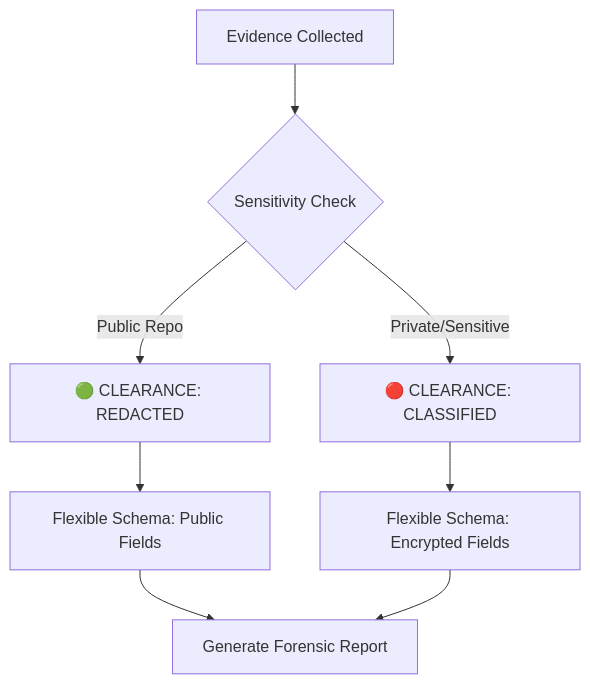
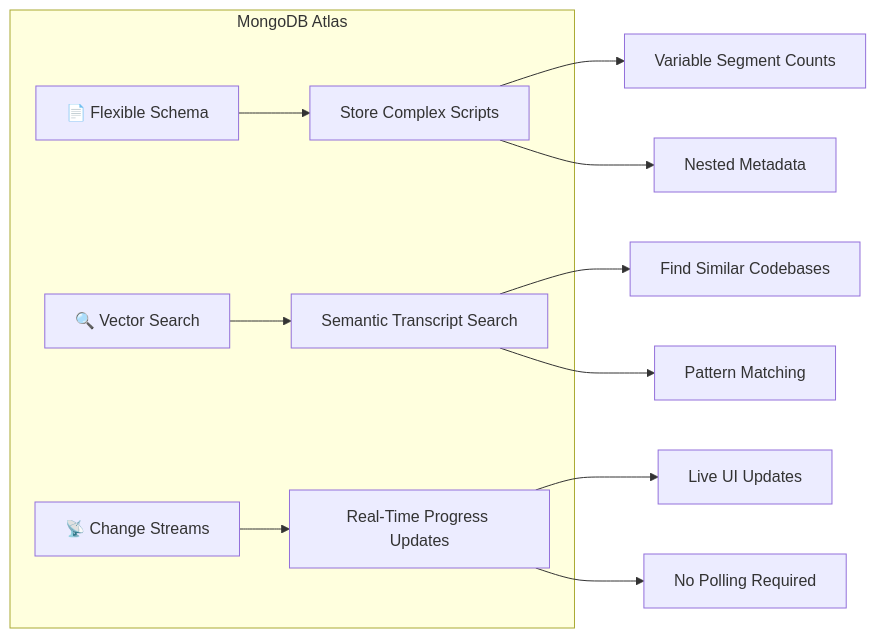
The fifth of 5 diagrams in README.md (SoumyaEXE/Atlas-Forensic-Vault), drawn with Mermaid before and after one commit. The commit also changed other lines of this file, not shown here.

Commit message:
Add comprehensive hackathon documentation with Mermaid diagrams

````diff
--- a/README.md
+++ b/README.md
@@ -49,10 +313,15 @@
 ```mermaid
-graph TD
-    A[Evidence Collected] --> B{Sensitivity Check}
-    B -->|Public Repo| C[🟢 CLEARANCE: REDACTED]
-    B -->|Private/Sensitive| D[🔴 CLEARANCE: CLASSIFIED]
-    C --> E[Flexible Schema: Public Fields]
-    D --> F[Flexible Schema: Encrypted Fields]
-    E --> G[Generate Forensic Report]
-    F --> G
+graph LR
+    subgraph MongoDB Atlas
+        A[📄 Flexible Schema] --> D[Store Complex Scripts]
+        B[🔍 Vector Search] --> E[Semantic Transcript Search]
+        C[📡 Change Streams] --> F[Real-Time Progress Updates]
+    end
+
+    D --> G[Variable Segment Counts]
+    D --> H[Nested Metadata]
+    E --> I[Find Similar Codebases]
+    E --> J[Pattern Matching]
+    F --> K[Live UI Updates]
+    F --> L[No Polling Required]
 ```
````
